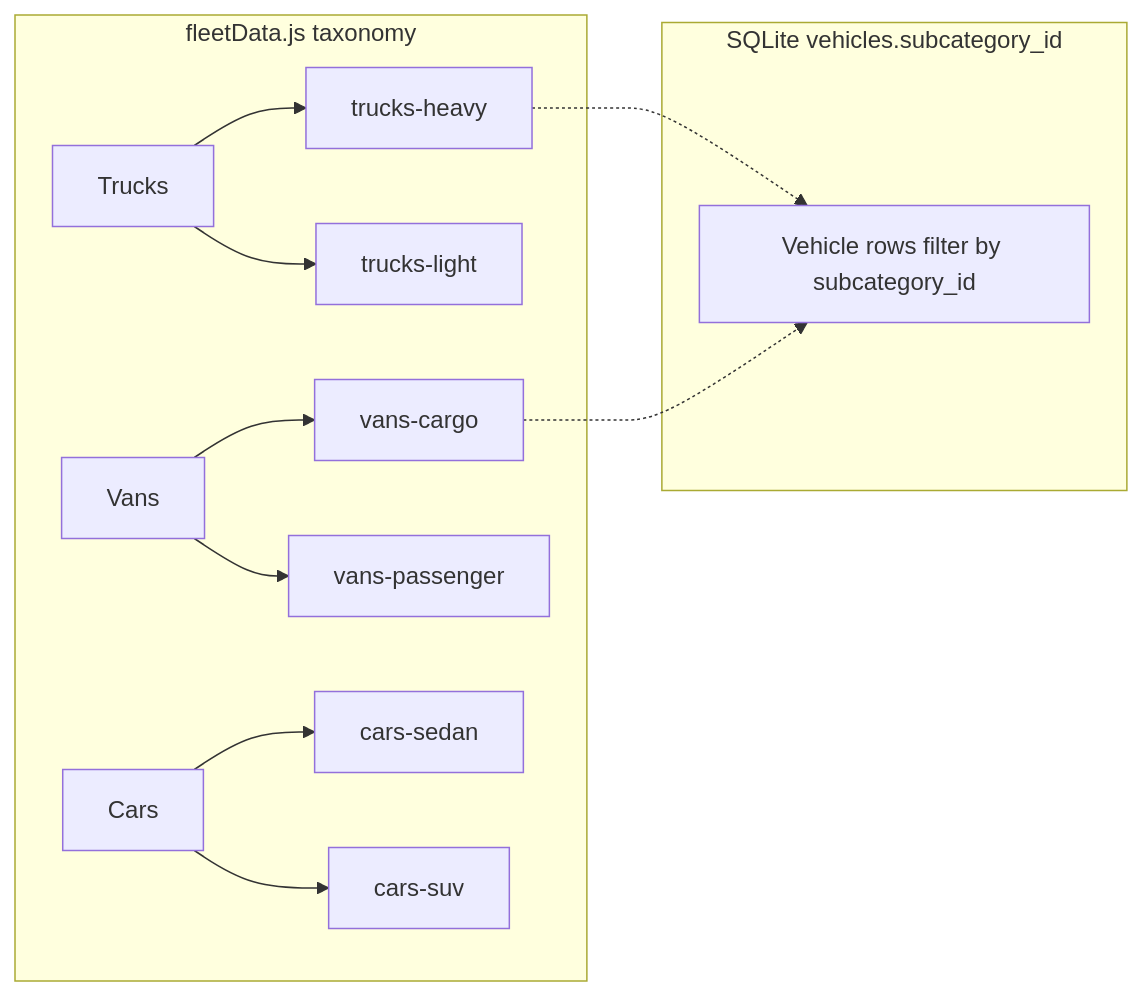
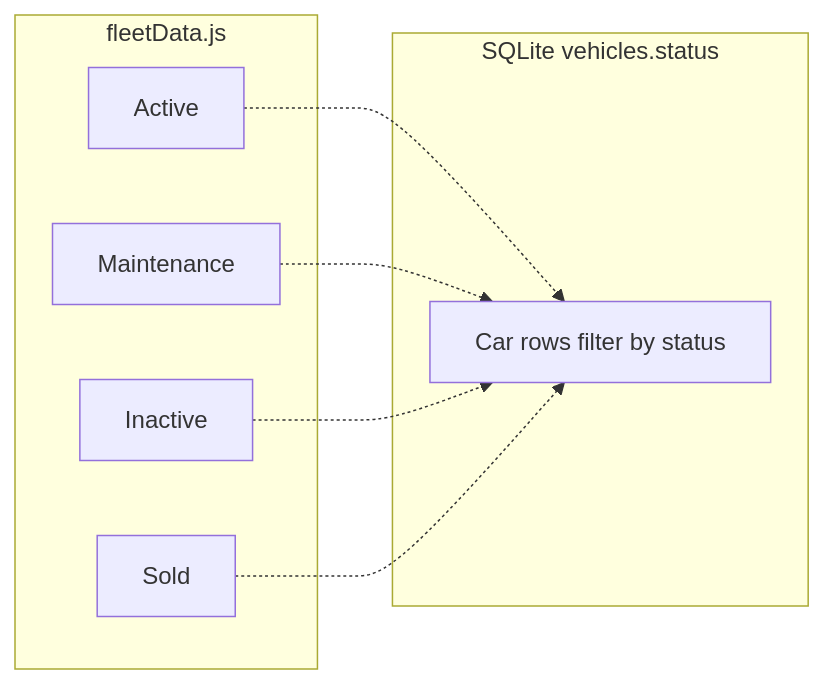
One commit to ajeske/fleet-app changed the fifth of 10 diagrams in README.md. Above: the diagram before and after it, drawn with Mermaid. The commit also changed other lines of this file and 10 other files, not shown here.

First line of the commit message:
Expand fleet app into status-based browsing with car profiles and records.

````diff
--- a/README.md
+++ b/README.md
@@ -178,27 +202,18 @@
 ```mermaid
 flowchart LR
-  subgraph FrontendTaxonomy["fleetData.js taxonomy"]
-    Trucks["Trucks"]
-    Vans["Vans"]
-    Cars["Cars"]
-    TH["trucks-heavy"]
-    TL["trucks-light"]
-    VC["vans-cargo"]
-    VP["vans-passenger"]
-    CS["cars-sedan"]
-    CU["cars-suv"]
-    Trucks --> TH
-    Trucks --> TL
-    Vans --> VC
-    Vans --> VP
-    Cars --> CS
-    Cars --> CU
+  subgraph FrontendStatuses["fleetData.js"]
+    Active["Active"]
+    Maint["Maintenance"]
+    Inactive["Inactive"]
+    Sold["Sold"]
   end
 
-  subgraph DB["SQLite vehicles.subcategory_id"]
-    Rows["Vehicle rows filter by subcategory_id"]
+  subgraph DB["SQLite vehicles.status"]
+    Rows["Car rows filter by status"]
   end
 
-  TH -.-> Rows
-  VC -.-> Rows
+  Active -.-> Rows
+  Maint -.-> Rows
+  Inactive -.-> Rows
+  Sold -.-> Rows
 ```
````
